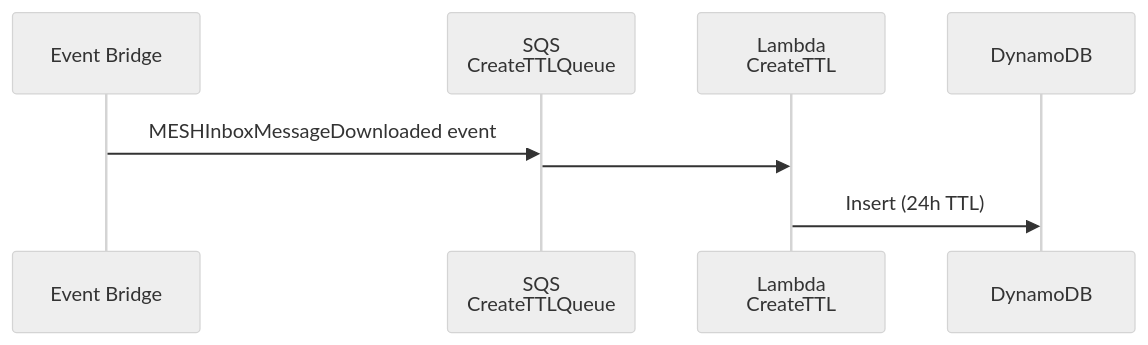
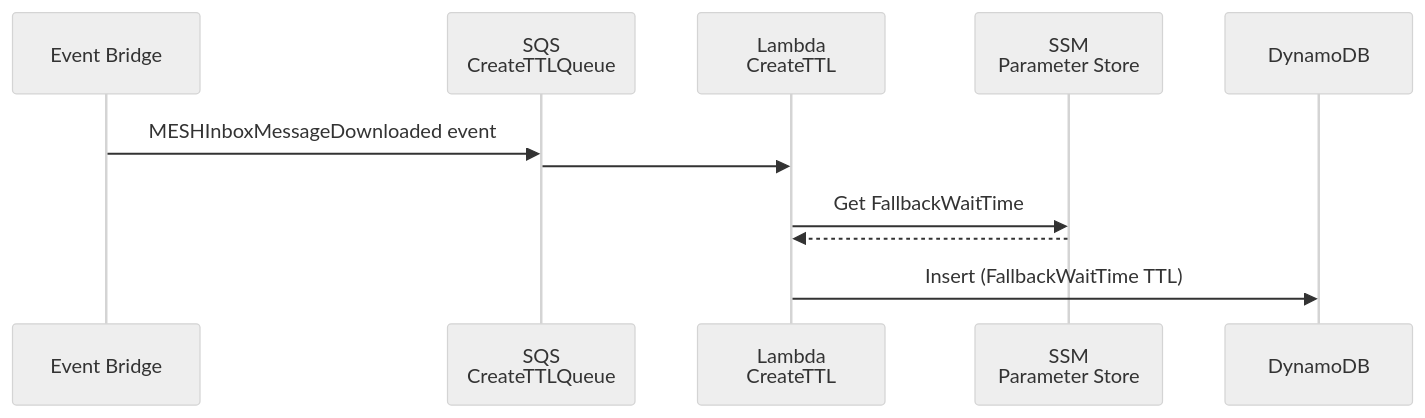
Before and after one commit to RossBugginsNHS/nhs-notify-digital-letters: the diagram in docs/collections/_diagrams/sequence-create-print-ttl.md, drawn with Mermaid (neutral theme). The commit also changed 41 other files, not shown here.

First line of the commit message:
CCM-13080: Add MessageRequestSkipped event and fix schema refs (#120)

````diff
--- a/docs/collections/_diagrams/sequence-create-print-ttl.md
+++ b/docs/collections/_diagrams/sequence-create-print-ttl.md
@@ -7,12 +7,15 @@
 ```mermaid
 sequenceDiagram
   participant eb as Event Bridge
   participant sqs as SQS<br/>CreateTTLQueue
   participant createTTL as Lambda<br/>CreateTTL
+  participant ssm as SSM<br/>Parameter Store
   participant dynamo as DynamoDB
 
 
   eb ->> sqs: MESHInboxMessageDownloaded event
   sqs ->> createTTL:
-  createTTL ->> dynamo: Insert (24h TTL)
+  createTTL ->> ssm: Get FallbackWaitTime
+  ssm -->> createTTL:
+  createTTL ->> dynamo: Insert (FallbackWaitTime TTL)
 ```
````
